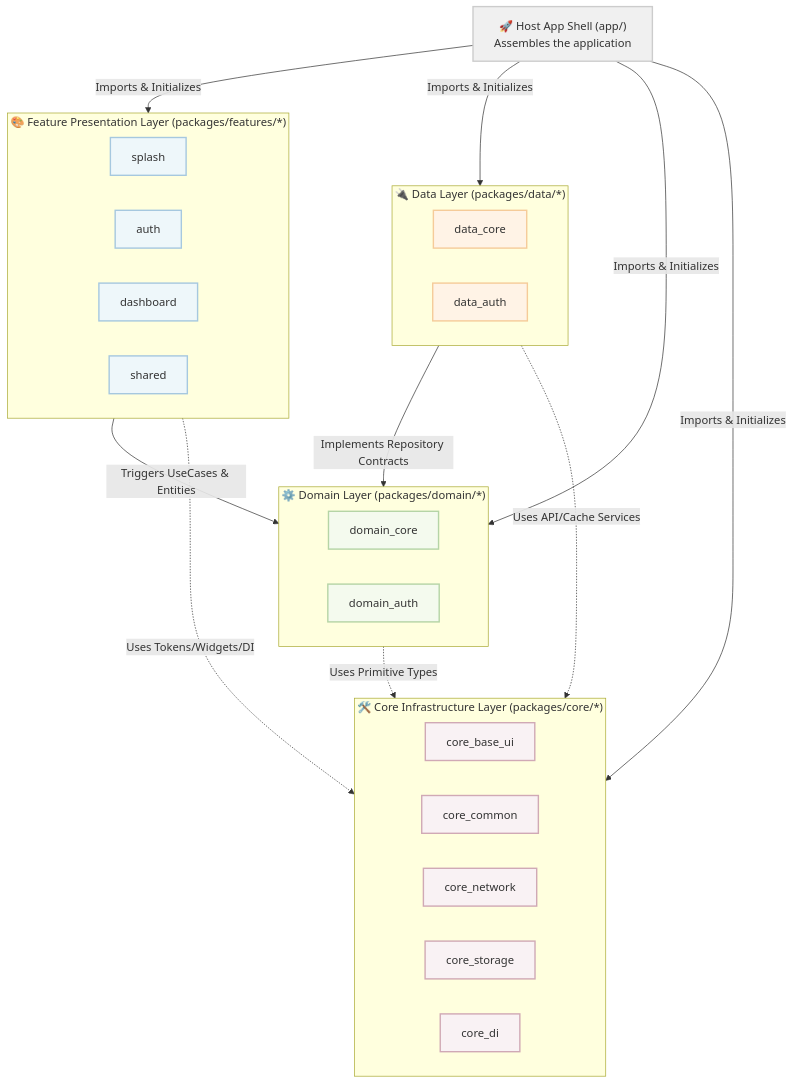
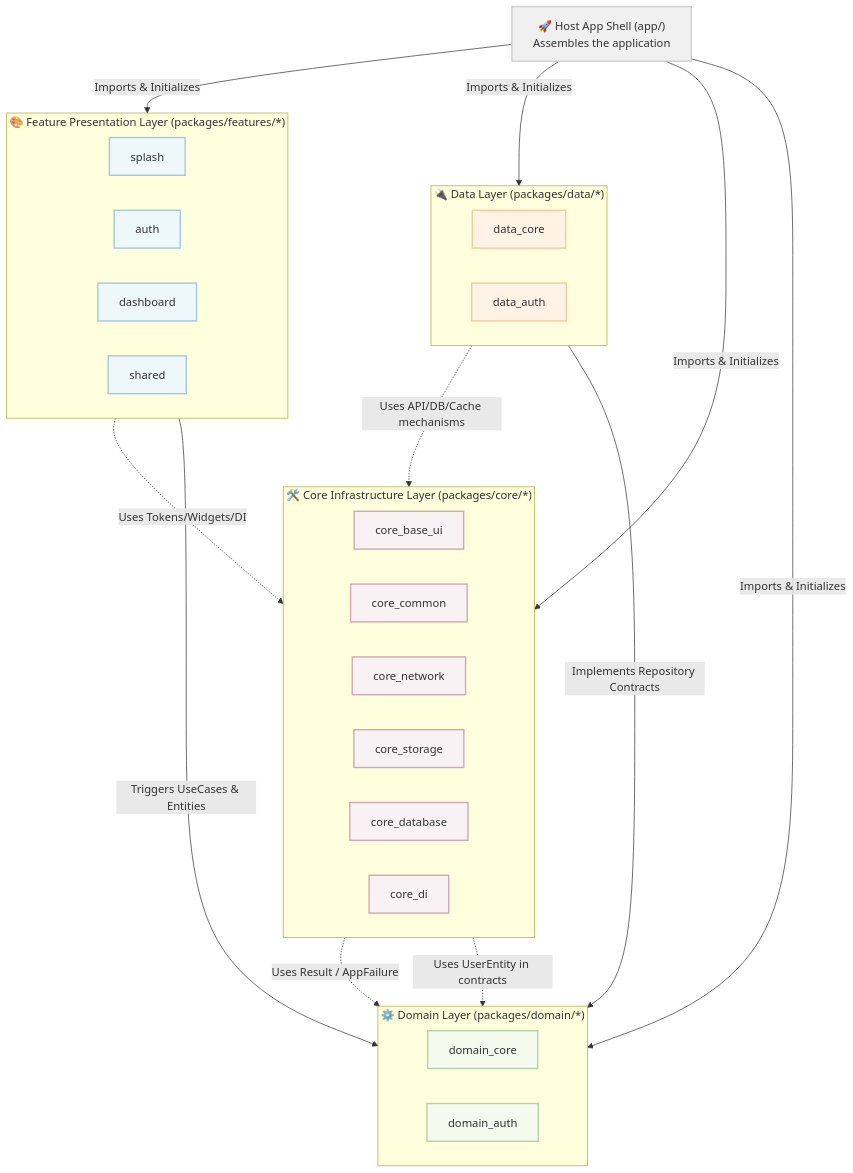
One commit to CaoGiaHieu-dev/flutter-monorepo-codebase changed the diagram in README.md. Above: the diagram before and after it, drawn with Mermaid. The commit also changed other lines of this file and 405 other files, not shown here.

````diff
--- a/README.md
+++ b/README.md
@@ -18,52 +18,57 @@
 ```mermaid
 graph TD
     classDef core fill:#f9f2f4,stroke:#d0a9b5,stroke-width:2px,color:#333;
     classDef feature fill:#eef7fa,stroke:#a6c8df,stroke-width:2px,color:#333;
     classDef domain fill:#f4faee,stroke:#b5d4a6,stroke-width:2px,color:#333;
     classDef data fill:#fff3e6,stroke:#f5cb99,stroke-width:2px,color:#333;
     classDef app fill:#f0f0f0,stroke:#cccccc,stroke-width:2px,color:#333;
 
     App["🚀 Host App Shell (app/)<br/>Assembles the application"]:::app
 
     subgraph FeatureLayer ["🎨 Feature Presentation Layer (packages/features/*)"]
         direction LR
         FeatSplash["splash"]:::feature
         FeatAuth["auth"]:::feature
         FeatDash["dashboard"]:::feature
         FeatShared["shared"]:::feature
     end
 
     subgraph DataLayer ["🔌 Data Layer (packages/data/*)"]
         direction LR
         DataCore["data_core"]:::data
         DataAuth["data_auth"]:::data
     end
 
     subgraph DomainLayer ["⚙️ Domain Layer (packages/domain/*)"]
         direction LR
         DomCore["domain_core"]:::domain
         DomAuth["domain_auth"]:::domain
     end
 
     subgraph CoreLayer ["🛠️ Core Infrastructure Layer (packages/core/*)"]
         direction LR
         CoreUI["core_base_ui"]:::core
         CoreCom["core_common"]:::core
         CoreNet["core_network"]:::core
         CoreStore["core_storage"]:::core
+        CoreDB["core_database"]:::core
         CoreDI["core_di"]:::core
     end
 
     %% Cross-layer Relationships
     App -->|"Imports & Initializes"| FeatureLayer
     App -->|"Imports & Initializes"| DataLayer
     App -->|"Imports & Initializes"| DomainLayer
     App -->|"Imports & Initializes"| CoreLayer
 
     FeatureLayer -->|"Triggers UseCases & Entities"| DomainLayer
     DataLayer -->|"Implements Repository Contracts"| DomainLayer
 
     FeatureLayer -.->|"Uses Tokens/Widgets/DI"| CoreLayer
-    DataLayer -.->|"Uses API/Cache Services"| CoreLayer
-    DomainLayer -.->|"Uses Primitive Types"| CoreCom
+    DataLayer -.->|"Uses API/DB/Cache mechanisms"| CoreLayer
+
+    %% Domain sits at the centre and depends on NOTHING.
+    %% Core may depend on Domain — never the reverse.
+    CoreCom -.->|"Uses Result / AppFailure"| DomCore
+    CoreDI -.->|"Uses UserEntity in contracts"| DomAuth
 ```
````
